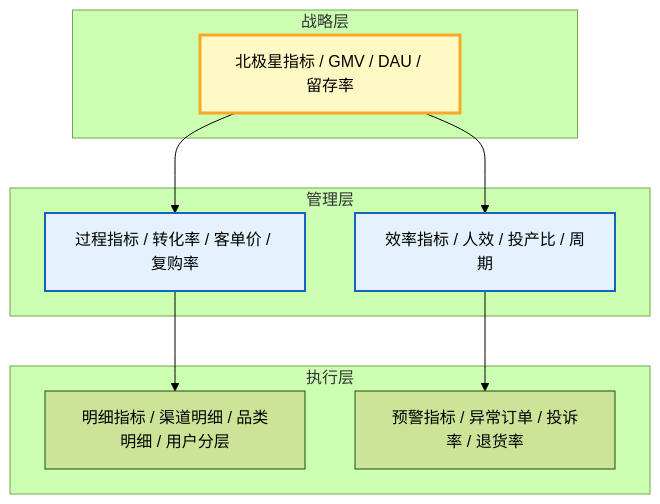
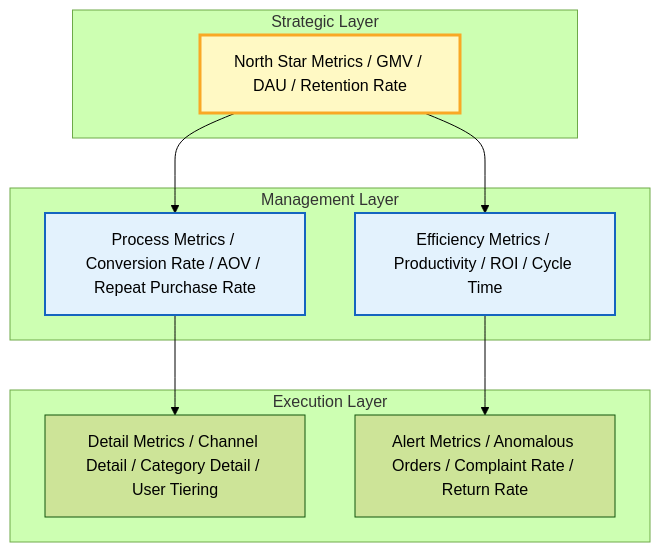
One commit to Kirky-X/cangjie changed the second of 9 diagrams in templates/产品/运营层/【模板】数据看板.md. Above: the diagram before and after it, drawn with Mermaid (forest theme). The commit also changed other lines of this file and 46 other files, not shown here.

````diff
--- a/templates/产品/运营层/【模板】数据看板.md
+++ b/templates/产品/运营层/【模板】数据看板.md
@@ -96,27 +96,27 @@
 ```mermaid
 
 
 flowchart TD
-    subgraph "战略层"
-        S1["北极星指标 / GMV / DAU / 留存率"]
+    subgraph "Strategic Layer"
+        S1["North Star Metrics / GMV / DAU / Retention Rate"]
     end
 
-    subgraph "管理层"
-        M1["过程指标 / 转化率 / 客单价 / 复购率"]
-        M2["效率指标 / 人效 / 投产比 / 周期"]
+    subgraph "Management Layer"
+        M1["Process Metrics / Conversion Rate / AOV / Repeat Purchase Rate"]
+        M2["Efficiency Metrics / Productivity / ROI / Cycle Time"]
     end
 
-    subgraph "执行层"
-        E1["明细指标 / 渠道明细 / 品类明细 / 用户分层"]
-        E2["预警指标 / 异常订单 / 投诉率 / 退货率"]
+    subgraph "Execution Layer"
+        E1["Detail Metrics / Channel Detail / Category Detail / User Tiering"]
+        E2["Alert Metrics / Anomalous Orders / Complaint Rate / Return Rate"]
     end
 
     S1 --> M1
     S1 --> M2
     M1 --> E1
     M2 --> E2
 
     style S1 fill:#fff9c4,stroke:#f9a825,stroke-width:3px
     style M1 fill:#e3f2fd,stroke:#1565c0,stroke-width:2px
     style M2 fill:#e3f2fd,stroke:#1565c0,stroke-width:2px
 ```
````
